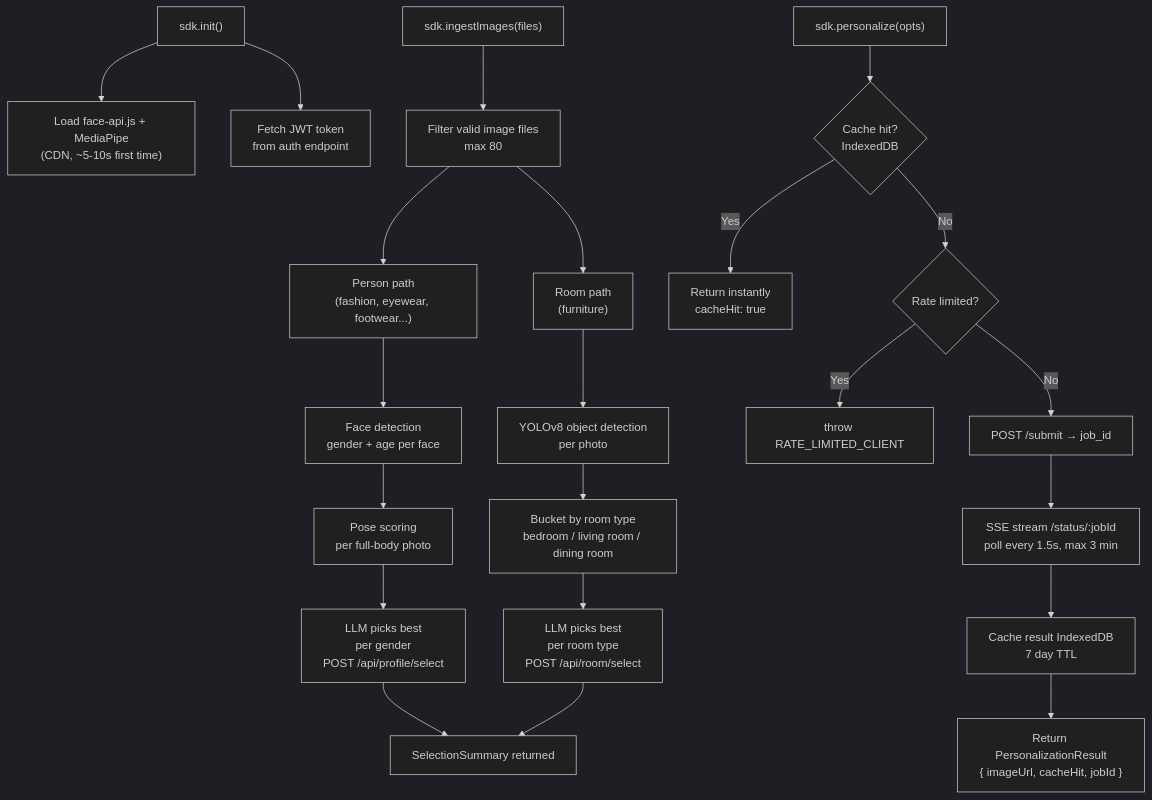
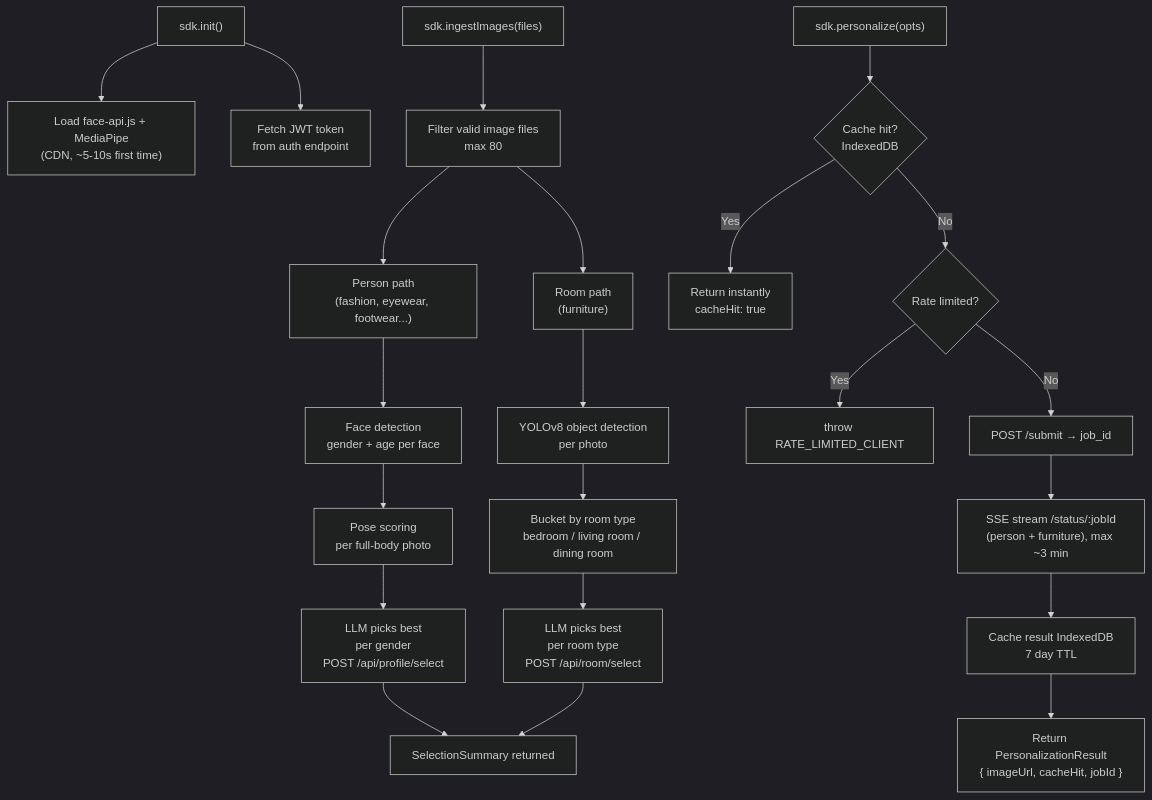
One commit to akshajsinghal1/gennoctua-docs-v2 changed the fourth of 4 diagrams in architecture.mdx. Above: the diagram before and after it, drawn with Mermaid (dark theme). The commit also changed other lines of this file and 4 other files, not shown here.

````diff
--- a/architecture.mdx
+++ b/architecture.mdx
@@ -97,29 +97,29 @@
 ```mermaid
 flowchart TD
     A["sdk.init()"] --> A1["Load face-api.js + MediaPipe\n(CDN, ~5-10s first time)"]
     A --> A2["Fetch JWT token\nfrom auth endpoint"]
 
     B["sdk.ingestImages(files)"] --> B0["Filter valid image files\nmax 80"]
     B0 --> BP["Person path\n(fashion, eyewear, footwear...)"]
     B0 --> BR["Room path\n(furniture)"]
 
     BP --> BP1["Face detection\ngender + age per face"]
     BP1 --> BP2["Pose scoring\nper full-body photo"]
     BP2 --> BP3["LLM picks best\nper gender\nPOST /api/profile/select"]
 
     BR --> BR1["YOLOv8 object detection\nper photo"]
     BR1 --> BR2["Bucket by room type\nbedroom / living room / dining room"]
     BR2 --> BR3["LLM picks best\nper room type\nPOST /api/room/select"]
 
     BP3 --> DONE["SelectionSummary returned"]
     BR3 --> DONE
 
     C["sdk.personalize(opts)"] --> C1{"Cache hit?\nIndexedDB"}
     C1 -->|Yes| C2["Return instantly\ncacheHit: true"]
     C1 -->|No| C3{"Rate limited?"}
     C3 -->|Yes| C4["throw RATE_LIMITED_CLIENT"]
     C3 -->|No| C5["POST /submit → job_id"]
-    C5 --> C6["SSE stream /status/:jobId\npoll every 1.5s, max 3 min"]
+    C5 --> C6["SSE stream /status/:jobId\n(person + furniture), max ~3 min"]
     C6 --> C7["Cache result IndexedDB\n7 day TTL"]
     C7 --> C8["Return PersonalizationResult\n{ imageUrl, cacheHit, jobId }"]
 ```
````
